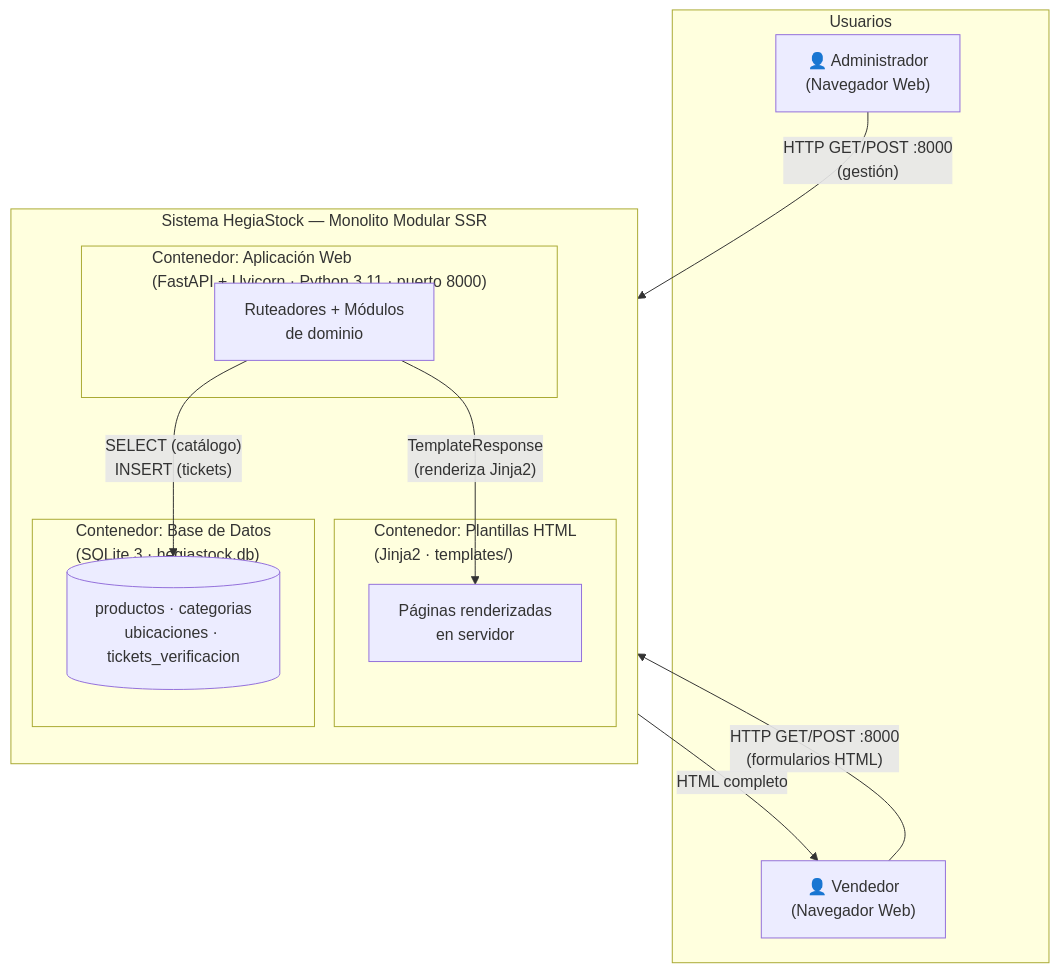
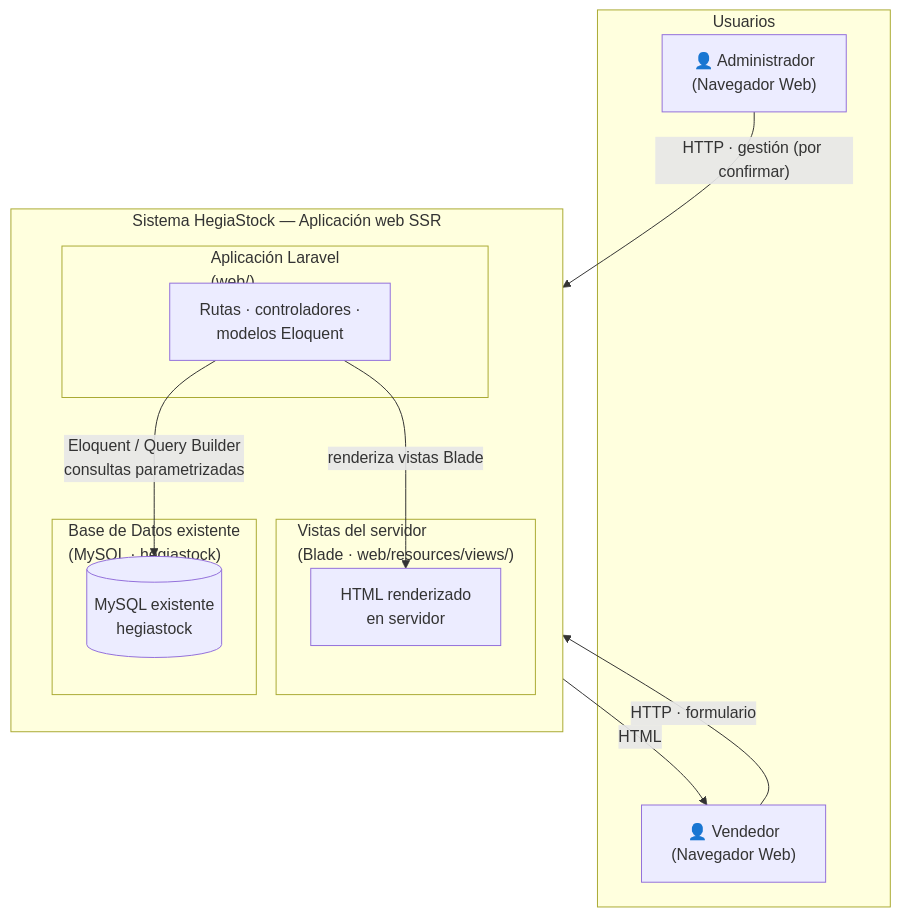
Before and after one commit to Jesus0611-ux/asistente-hegiapesa: the second of 5 diagrams in .kiro/specs/hegia-stock/design.md, drawn with Mermaid. The commit also changed other lines of this file and 8 other files, not shown here.

````diff
--- a/.kiro/specs/hegia-stock/design.md
+++ b/.kiro/specs/hegia-stock/design.md
@@ -45,29 +45,29 @@
 ```mermaid
 flowchart TB
     subgraph Usuarios["Usuarios"]
         V["👤 Vendedor\n(Navegador Web)"]
         A["👤 Administrador\n(Navegador Web)"]
     end
 
-    subgraph SistemaHegiaStock["Sistema HegiaStock — Monolito Modular SSR"]
+    subgraph SistemaHegiaStock["Sistema HegiaStock — Aplicación web SSR"]
         direction TB
 
-        subgraph PlantillasHTML["Contenedor: Plantillas HTML\n(Jinja2 · templates/)"]
-            TMPL["Páginas renderizadas\nen servidor"]
+        subgraph VistasBlade["Vistas del servidor\n(Blade · web/resources/views/)"]
+            VIEW["HTML renderizado\nen servidor"]
         end
 
-        subgraph Aplicacion["Contenedor: Aplicación Web\n(FastAPI + Uvicorn · Python 3.11 · puerto 8000)"]
-            APP["Ruteadores + Módulos\nde dominio"]
+        subgraph Aplicacion["Aplicación Laravel\n(web/)"]
+            APP["Rutas · controladores ·\nmodelos Eloquent"]
         end
 
-        subgraph BaseDatos["Contenedor: Base de Datos\n(SQLite 3 · hegiastock.db)"]
-            DB[("productos · categorias\nubicaciones · tickets_verificacion")]
+        subgraph BaseDatos["Base de Datos existente\n(MySQL · hegiastock)"]
+            DB[("MySQL existente\nhegiastock")]
         end
     end
 
-    V -- "HTTP GET/POST :8000\n(formularios HTML)" --> APP
-    A -- "HTTP GET/POST :8000\n(gestión)" --> APP
-    APP -- "TemplateResponse\n(renderiza Jinja2)" --> TMPL
-    TMPL -- "HTML completo" --> V
-    APP -- "SELECT (catálogo)\nINSERT (tickets)" --> DB
+    V -- "HTTP · formulario" --> APP
+    A -- "HTTP · gestión (por confirmar)" --> APP
+    APP -- "renderiza vistas Blade" --> VIEW
+    VIEW -- "HTML" --> V
+    APP -- "Eloquent / Query Builder\nconsultas parametrizadas" --> DB
 ```
````
